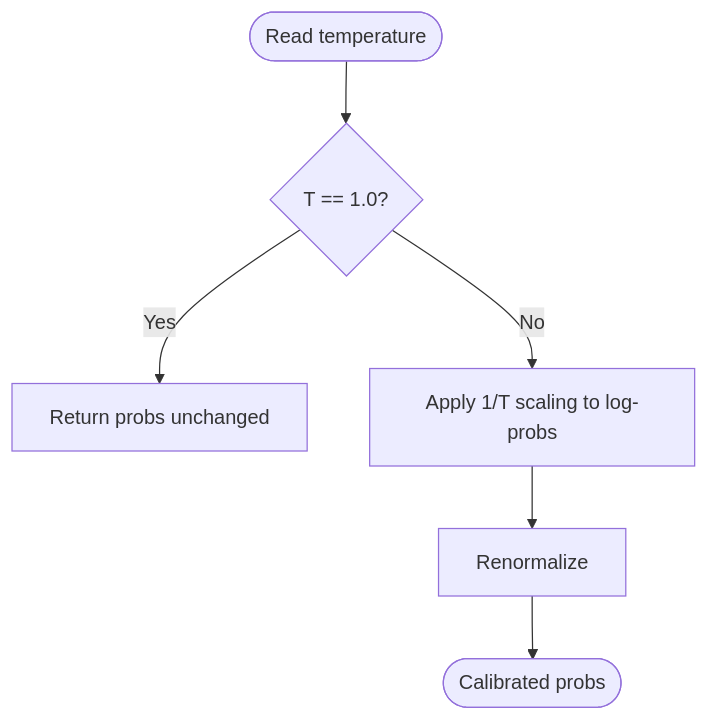
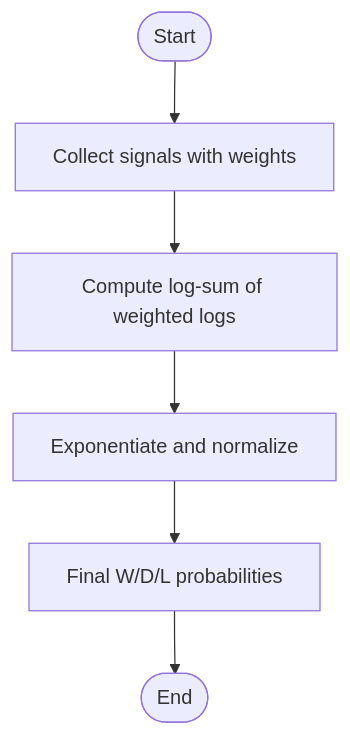
Before and after one commit to cheesiong/WC26-qwen: the fifth of 8 diagrams in .qoder/repowiki/en/content/Prediction Engine/Prediction Engine.md, drawn with Mermaid. The commit also changed other lines of this file and 181 other files, not shown here.

````diff
--- a/.qoder/repowiki/en/content/Prediction Engine/Prediction Engine.md
+++ b/.qoder/repowiki/en/content/Prediction Engine/Prediction Engine.md
@@ -262,8 +207,8 @@
 ```mermaid
 flowchart TD
-Start(["Read temperature"]) --> Scale{"T == 1.0?"}
-Scale --> |Yes| Return["Return probs unchanged"]
-Scale --> |No| Softmax["Apply 1/T scaling to log-probs"]
-Softmax --> Normalize["Renormalize"]
-Normalize --> End(["Calibrated probs"])
+StartLP(["Start"]) --> Collect["Collect signals with weights"]
+Collect --> LogSum["Compute log-sum of weighted logs"]
+LogSum --> ExpZ["Exponentiate and normalize"]
+ExpZ --> Final["Final W/D/L probabilities"]
+Final --> EndLP(["End"])
 ```
````
